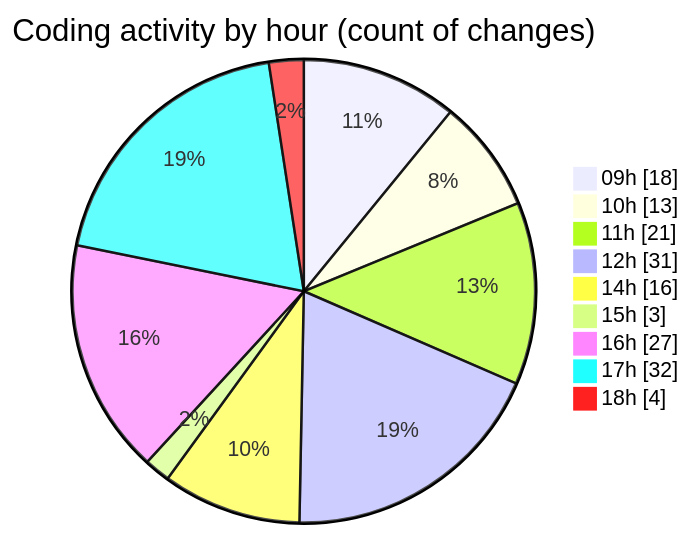
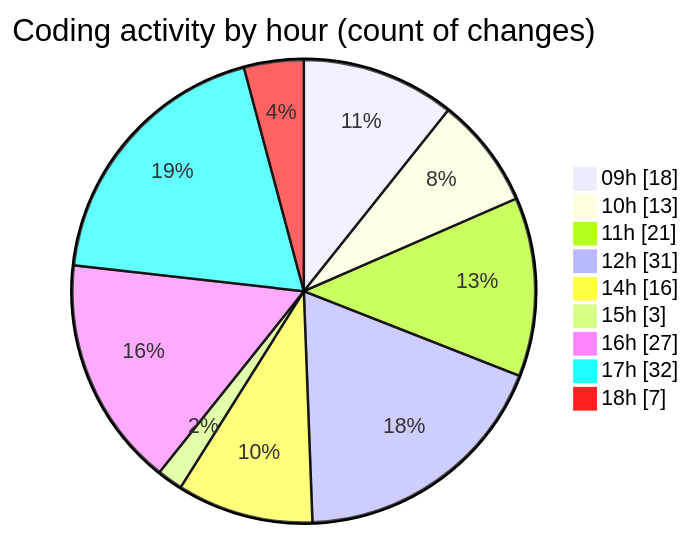
The second of 2 diagrams in 2026-08-12/cda/README.md (momahboobian/code-tracking), drawn with Mermaid before and after one commit. The commit also changed other lines of this file and 1 other file, not shown here.

````diff
--- a/2026-08-12/cda/README.md
+++ b/2026-08-12/cda/README.md
@@ -76,13 +76,13 @@
 ```mermaid
 pie showData
 title Coding activity by hour (count of changes)
 "09h" : 18
 "10h" : 13
 "11h" : 21
 "12h" : 31
 "14h" : 16
 "15h" : 3
 "16h" : 27
 "17h" : 32
-"18h" : 4
+"18h" : 7
 ```
````
